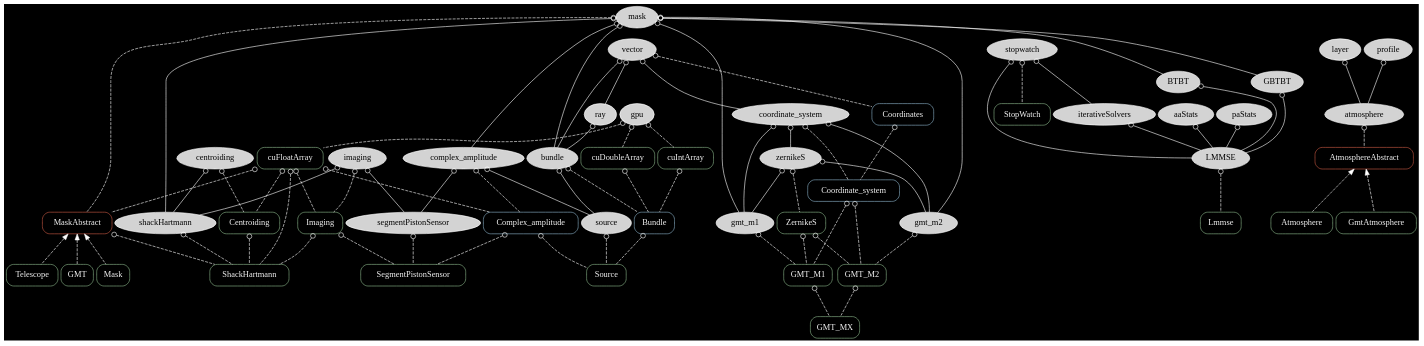
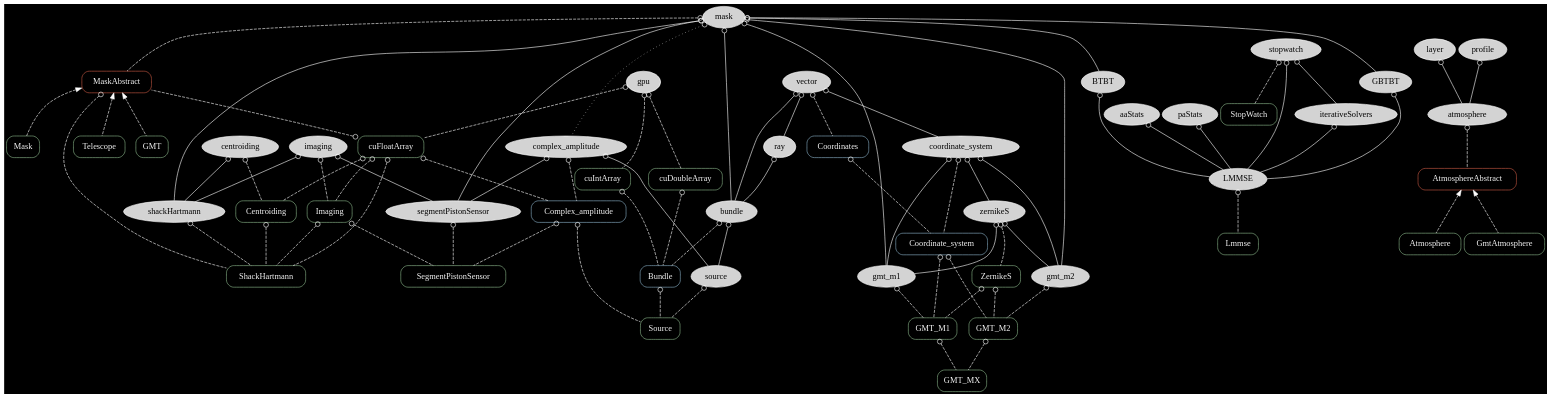
Before and after one commit to rconan/CEO: the diagram in graph/ceo.dot, drawn with Graphviz. The commit also changed 3 other files, not shown here.

Commit message:
SEGMENtPISTONSENSOR MASK

```diff
--- a/graph/ceo.dot
+++ b/graph/ceo.dot
@@ -1,121 +1,125 @@
 digraph {
 overlap=false
 splines=true
 bgcolor = black
 node[style=filled,fillcolor=lightgray,color=white];
 edge[arrowtail=odot,dir=back,color=white];
 
 mask -> shackHartmann;
 imaging -> shackHartmann;
 centroiding -> shackHartmann;
 bundle -> source;
 
 coordinate_system -> zernikeS;
 coordinate_system -> gmt_m1;
 coordinate_system -> gmt_m2
 
 mask -> gmt_m1;
 mask -> gmt_m2;
-mask -> complex_amplitude;
 
 zernikeS -> gmt_m1;
 zernikeS -> gmt_m2;
 
 vector -> coordinate_system;
 vector -> bundle;
 
 mask -> bundle;
 ray -> bundle;
 vector -> ray;
 complex_amplitude -> source;
 
 layer -> atmosphere;
 profile -> atmosphere;
 
 mask -> BTBT;
 mask -> GBTBT;
 aaStats -> LMMSE;
 paStats -> LMMSE;
 BTBT -> LMMSE;
 GBTBT -> LMMSE;
 iterativeSolvers -> LMMSE;
 stopwatch -> LMMSE;
 stopwatch -> iterativeSolvers;
 
 gpu;
 
 complex_amplitude -> segmentPistonSensor;
+mask -> segmentPistonSensor;
 imaging -> segmentPistonSensor;
+
+edge[style=dotted,color=white]
+mask -> complex_amplitude;
+
 node[color=darkseagreen,style=rounded,shape=box,fontcolor=whitesmoke];
 edge[style=dashed,color=white]
 
 centroiding -> Centroiding;
 imaging -> Imaging;
 cuFloatArray -> Imaging;
 cuFloatArray -> Centroiding;
 
 source -> Source;
 Complex_amplitude[color=lightskyblue3];
 complex_amplitude -> Complex_amplitude;
 cuFloatArray -> Complex_amplitude;
 Bundle[color=lightskyblue3];
 bundle -> Bundle;
 cuDoubleArray -> Bundle;
 cuIntArray -> Bundle;
 Complex_amplitude -> Source[label="wavefront"];
 Bundle -> Source[label="rays"];
 
 shackHartmann -> ShackHartmann;
 MaskAbstract -> ShackHartmann;
 cuFloatArray -> ShackHartmann
 Imaging -> ShackHartmann;
 Centroiding -> ShackHartmann;
 
 segmentPistonSensor -> SegmentPistonSensor;
 
 gmt_m1 -> GMT_M1;
 gmt_m2 -> GMT_M2;
 ZernikeS;
 zernikeS -> ZernikeS;
 ZernikeS -> GMT_M1;
 ZernikeS -> GMT_M2;
 GMT_M1 -> GMT_MX[label="M1"];
 GMT_M2 -> GMT_MX[label="M2"];
 Coordinate_system[color=lightskyblue3];
 coordinate_system -> Coordinate_system;
 Coordinate_system -> GMT_M1;
 Coordinate_system -> GMT_M2;
 Coordinates[color=lightskyblue3];
 Coordinates -> Coordinate_system;
 vector -> Coordinates;
 
 AtmosphereAbstract[color=coral3];
 atmosphere -> AtmosphereAbstract;
 
 MaskAbstract[color=coral3]
 mask -> MaskAbstract;
 cuFloatArray -> MaskAbstract;
 Complex_amplitude -> SegmentPistonSensor;
 Imaging -> SegmentPistonSensor;
 
 stopwatch -> StopWatch;
 
 gpu -> cuFloatArray;
 gpu -> cuIntArray;
 gpu -> cuDoubleArray;
 LMMSE -> Lmmse;
 
 edge[dir=back,arrowtail=normal];
 
 AtmosphereAbstract -> Atmosphere;
 AtmosphereAbstract -> GmtAtmosphere;
 
 MaskAbstract -> Mask;
 MaskAbstract -> Telescope;
 MaskAbstract -> GMT;
 
 {rank = source; mask;}
-#{rank = same; gpu; vector; MaskAbstract;}
+{rank = same; gpu; vector; MaskAbstract;}
 #{rank = same; Source; ShackHartmann}
 #{rank=same; stopwatch; LMMSE;}
 }
```
